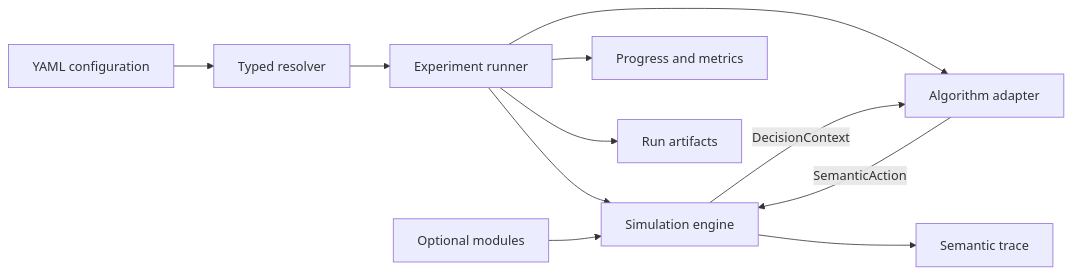
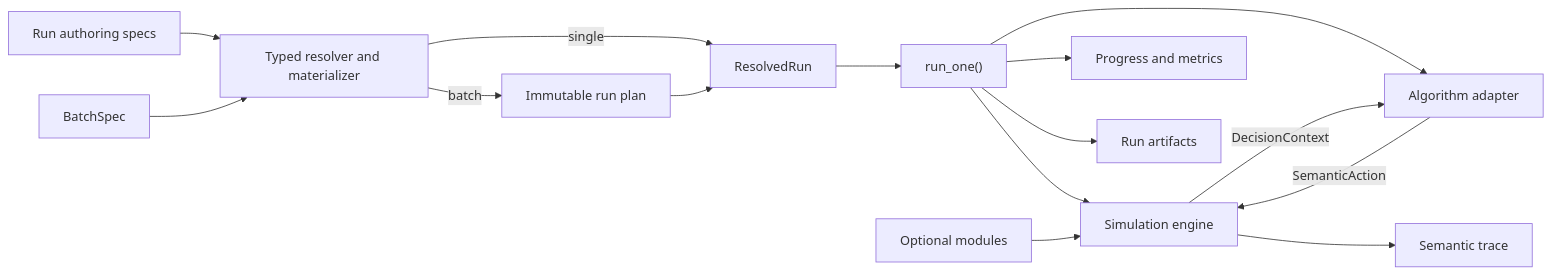
The diagram in docs/architecture.md (jian2028/SmartSOM), drawn with Mermaid before and after one commit. The commit also changed other lines of this file and 2 other files, not shown here.

Commit message:
docs(architecture): define configuration and static core boundaries

````diff
--- a/docs/architecture.md
+++ b/docs/architecture.md
@@ -22,13 +22,17 @@
 ```mermaid
 flowchart LR
-    C["YAML configuration"] --> R["Typed resolver"]
-    R --> X["Experiment runner"]
+    C["Run authoring specs"] --> R["Typed resolver and materializer"]
+    B["BatchSpec"] --> R
+    R -->|"single"| P["ResolvedRun"]
+    R -->|"batch"| Q["Immutable run plan"]
+    Q --> P
+    P --> X["run_one()"]
     X --> E["Simulation engine"]
     X --> A["Algorithm adapter"]
     A -->|"SemanticAction"| E
     E -->|"DecisionContext"| A
     M["Optional modules"] --> E
     E --> T["Semantic trace"]
     X --> L["Progress and metrics"]
     X --> O["Run artifacts"]
 ```
````
